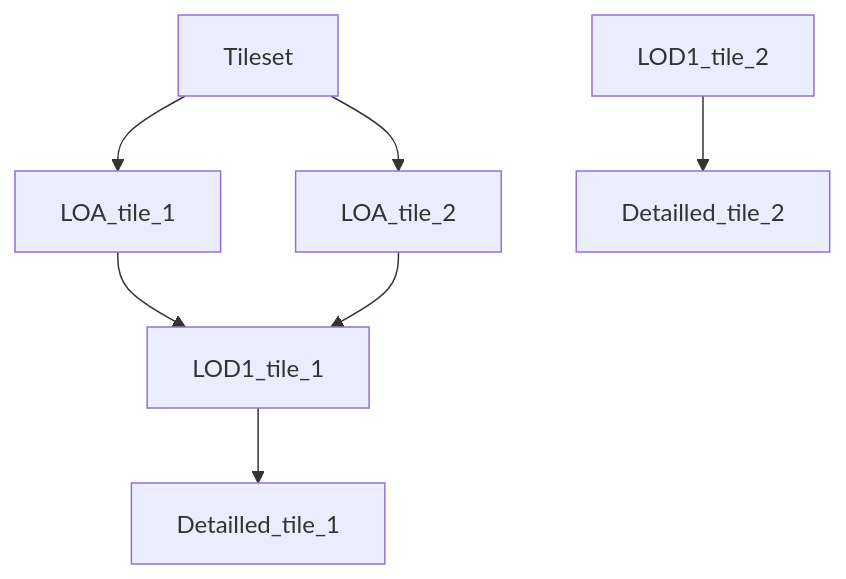
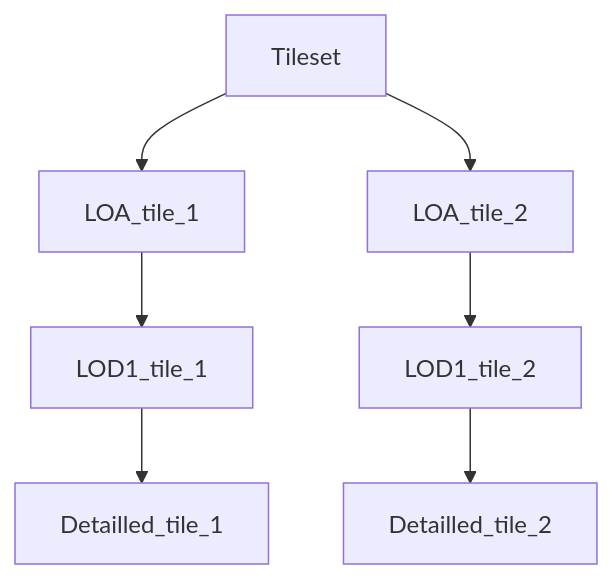
Before and after one commit to VCityTeam/py3dtilers: the fourth of 4 diagrams in py3dtilers/Common/README.md, drawn with Mermaid.

````diff
--- a/py3dtilers/Common/README.md
+++ b/py3dtilers/Common/README.md
@@ -404,9 +404,9 @@
 ```mermaid
 graph TD;
     Tileset-->LOA_tile_1;
     Tileset-->LOA_tile_2;
     LOA_tile_1-->LOD1_tile_1;
-    LOA_tile_2-->LOD1_tile_1;
+    LOA_tile_2-->LOD1_tile_2;
     LOD1_tile_1-->Detailled_tile_1;
     LOD1_tile_2-->Detailled_tile_2;
 ```
````
